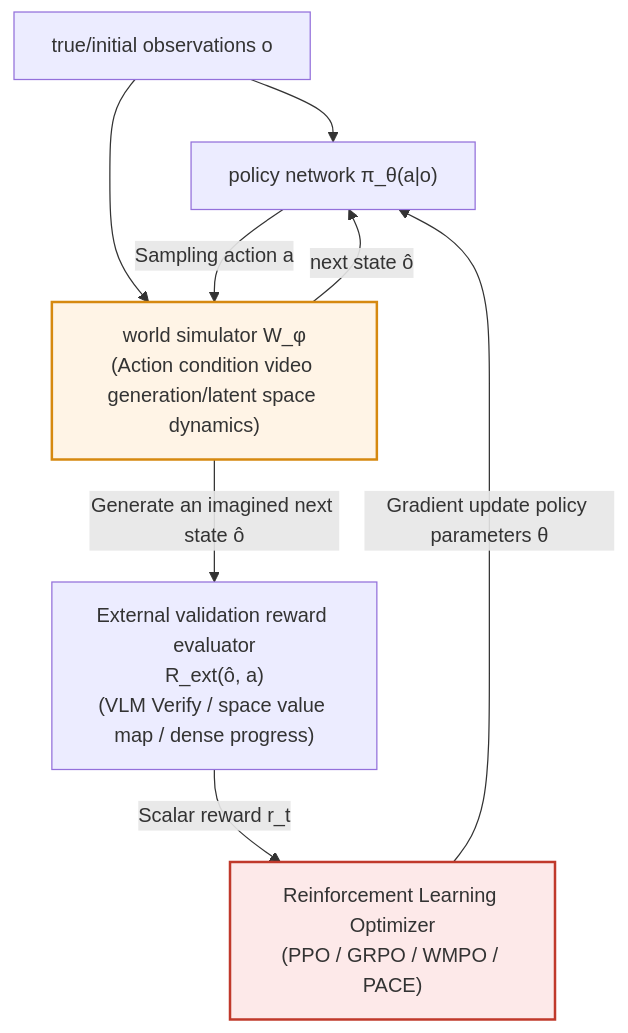
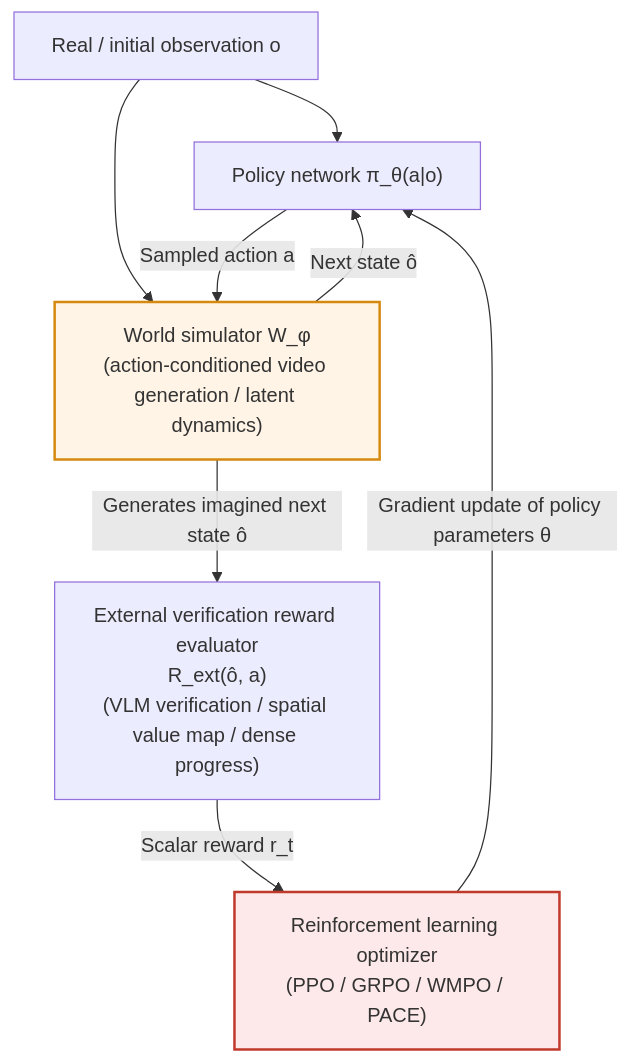
Before and after one commit to TingdeLiu/tingdeliu.github.io: the eighth of 11 diagrams in _translations/en/research/World-Models-Survey.md, drawn with Mermaid. The commit also changed other lines of this file and 51 other files, not shown here.

````diff
--- a/_translations/en/research/World-Models-Survey.md
+++ b/_translations/en/research/World-Models-Survey.md
@@ -1857,16 +1857,16 @@
 ```mermaid
 flowchart TB
-    O["true/initial observations o"] --> Policy
+    O["Real / initial observation o"] --> Policy
     O --> WS
 
-    Policy["policy network π_θ(a|o)"] -->|"Sampling action a"| WS["world simulator W_φ\n(Action condition video generation/latent space dynamics)"]
+    Policy["Policy network π_θ(a|o)"] -->|"Sampled action a"| WS["World simulator W_φ\n(action-conditioned video generation / latent dynamics)"]
 
-    WS -->|"Generate an imagined next state ô"| Reward["External validation reward evaluator\nR_ext(ô, a)\n(VLM Verify / space value map / dense progress)"]
-    WS -->|"next state ô"| Policy
+    WS -->|"Generates imagined next state ô"| Reward["External verification reward evaluator\nR_ext(ô, a)\n(VLM verification / spatial value map / dense progress)"]
+    WS -->|"Next state ô"| Policy
 
-    Reward -->|"Scalar reward r_t"| RL["Reinforcement Learning Optimizer\n(PPO / GRPO / WMPO / PACE)"]
-    RL -->|"Gradient update policy parameters θ"| Policy
+    Reward -->|"Scalar reward r_t"| RL["Reinforcement learning optimizer\n(PPO / GRPO / WMPO / PACE)"]
+    RL -->|"Gradient update of policy parameters θ"| Policy
 
     style WS fill:#fff4e6,stroke:#d68910,stroke-width:2px
     style RL fill:#fde9e9,stroke:#c0392b,stroke-width:2px
 ```
````
